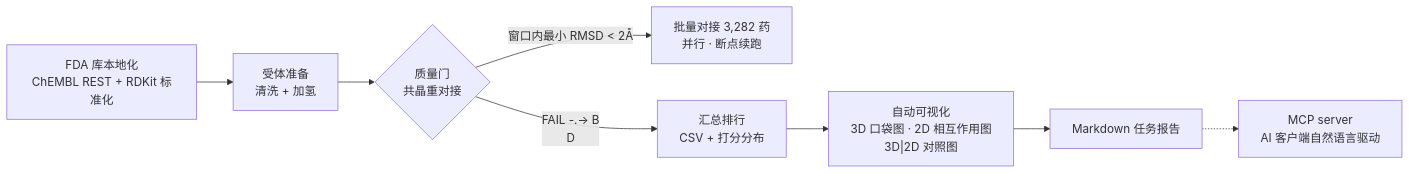
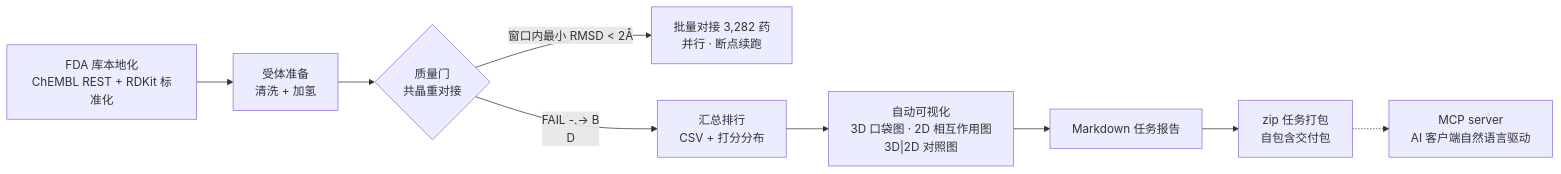
The diagram in README.md (BioinfoXP/AutoVS), drawn with Mermaid before and after one commit. The commit also changed other lines of this file and 10 other files, not shown here.

````diff
--- a/README.md
+++ b/README.md
@@ -5,11 +5,12 @@
 ```mermaid
 flowchart LR
     A["FDA 库本地化<br/>ChEMBL REST + RDKit 标准化"] --> B["受体准备<br/>清洗 + 加氢"]
     B --> C{"质量门<br/>共晶重对接"}
     C -- "窗口内最小 RMSD < 2Å" --> D["批量对接 3,282 药<br/>并行 · 断点续跑"]
     C -- "FAIL" -.-> B
     D --> E["汇总排行<br/>CSV + 打分分布"]
     E --> F["自动可视化<br/>3D 口袋图 · 2D 相互作用图<br/>3D|2D 对照图"]
     F --> G["Markdown 任务报告"]
-    G -.-> H["MCP server<br/>AI 客户端自然语言驱动"]
+    G --> H["zip 任务打包<br/>自包含交付包"]
+    H -.-> I["MCP server<br/>AI 客户端自然语言驱动"]
 ```
````
